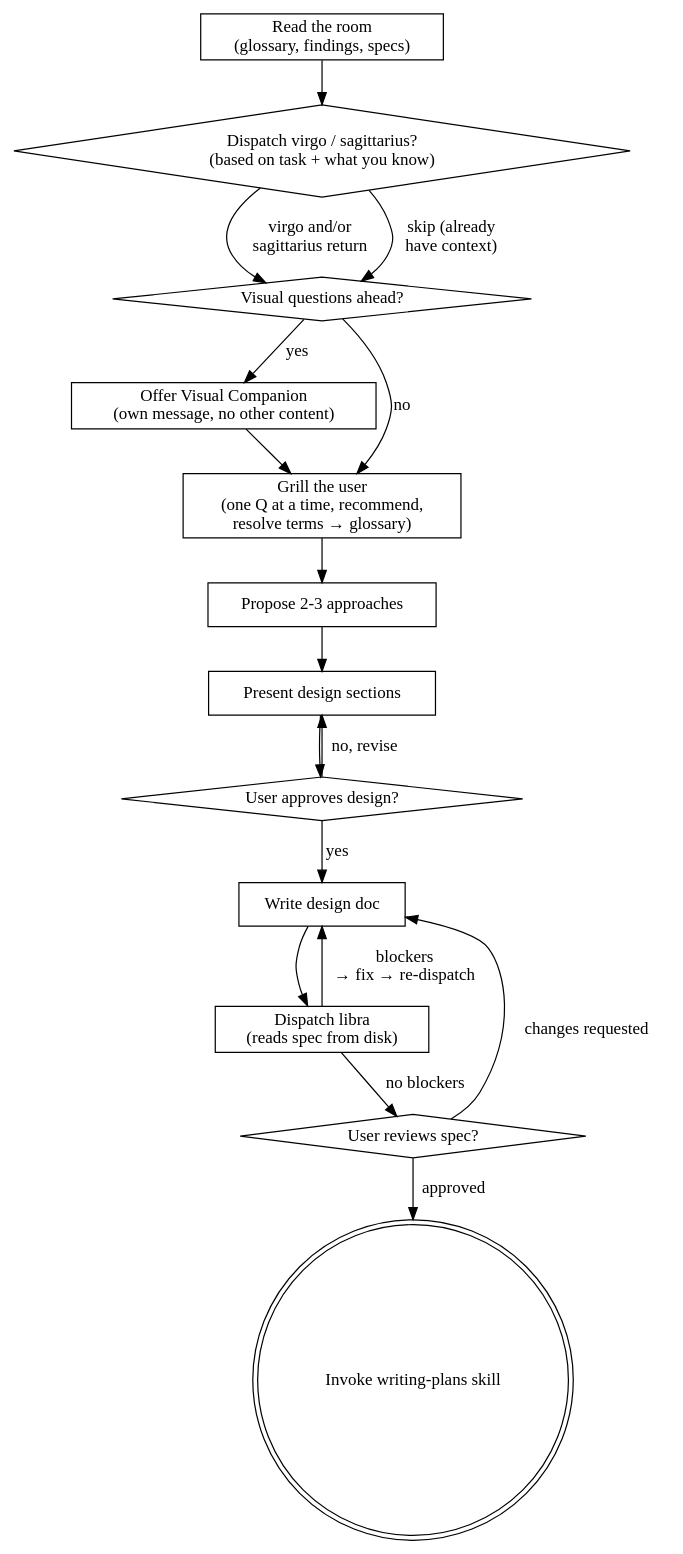
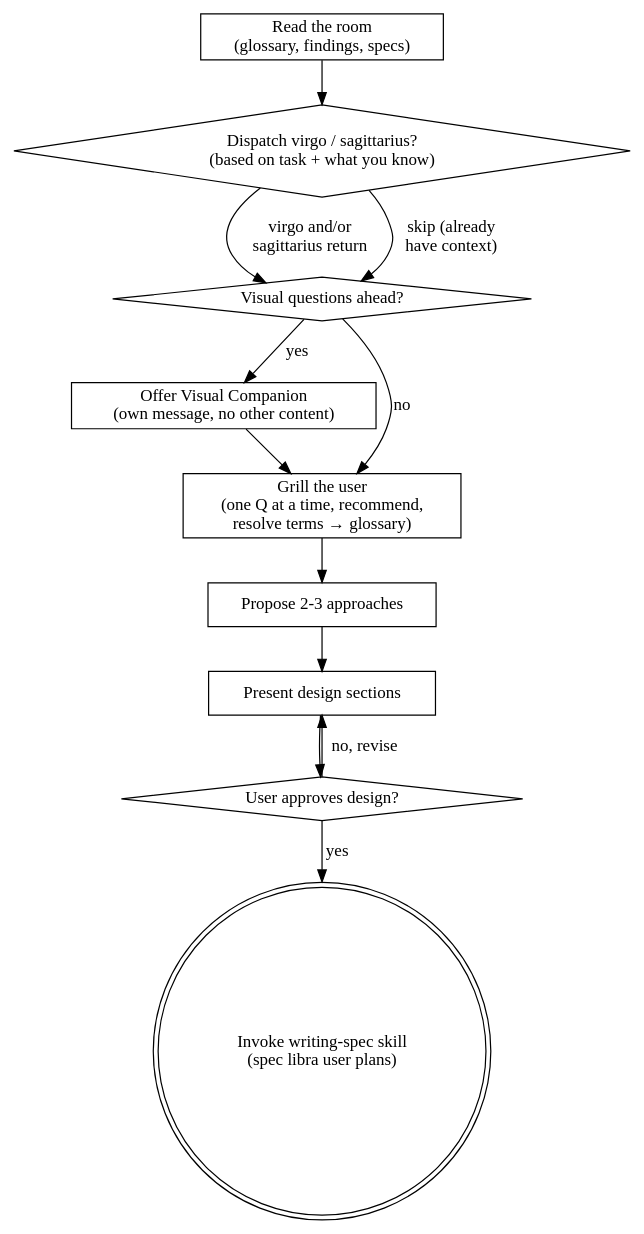
Before and after one commit to Joe-zhouman/athena-guard-superpowers: the diagram in skills/brainstorming/SKILL.md, drawn with Graphviz. The commit also changed other lines of this file and 3 other files, not shown here.

First line of the commit message:
docs: rewrite README, add writing-spec skill, slim brainstorming

````diff
--- a/skills/brainstorming/SKILL.md
+++ b/skills/brainstorming/SKILL.md
@@ -39,33 +36,25 @@
 ```dot
 digraph brainstorming {
     "Read the room\n(glossary, findings, specs)" [shape=box];
     "Dispatch virgo / sagittarius?\n(based on task + what you know)" [shape=diamond];
     "Visual questions ahead?" [shape=diamond];
     "Offer Visual Companion\n(own message, no other content)" [shape=box];
     "Grill the user\n(one Q at a time, recommend,\nresolve terms → glossary)" [shape=box];
     "Propose 2-3 approaches" [shape=box];
     "Present design sections" [shape=box];
     "User approves design?" [shape=diamond];
-    "Write design doc" [shape=box];
-    "Dispatch libra\n(reads spec from disk)" [shape=box];
-    "User reviews spec?" [shape=diamond];
-    "Invoke writing-plans skill" [shape=doublecircle];
+    "Invoke writing-spec skill\n(spec libra user plans)" [shape=doublecircle];
 
     "Read the room\n(glossary, findings, specs)" -> "Dispatch virgo / sagittarius?\n(based on task + what you know)";
     "Dispatch virgo / sagittarius?\n(based on task + what you know)" -> "Visual questions ahead?" [label="virgo and/or\nsagittarius return"];
     "Dispatch virgo / sagittarius?\n(based on task + what you know)" -> "Visual questions ahead?" [label="skip (already\nhave context)"];
     "Visual questions ahead?" -> "Offer Visual Companion\n(own message, no other content)" [label="yes"];
     "Visual questions ahead?" -> "Grill the user\n(one Q at a time, recommend,\nresolve terms → glossary)" [label="no"];
     "Offer Visual Companion\n(own message, no other content)" -> "Grill the user\n(one Q at a time, recommend,\nresolve terms → glossary)";
     "Grill the user\n(one Q at a time, recommend,\nresolve terms → glossary)" -> "Propose 2-3 approaches";
     "Propose 2-3 approaches" -> "Present design sections";
     "Present design sections" -> "User approves design?";
     "User approves design?" -> "Present design sections" [label="no, revise"];
-    "User approves design?" -> "Write design doc" [label="yes"];
-    "Write design doc" -> "Dispatch libra\n(reads spec from disk)";
-    "Dispatch libra\n(reads spec from disk)" -> "User reviews spec?" [label="no blockers"];
-    "Dispatch libra\n(reads spec from disk)" -> "Write design doc" [label="blockers\n→ fix → re-dispatch"];
-    "User reviews spec?" -> "Write design doc" [label="changes requested"];
-    "User reviews spec?" -> "Invoke writing-plans skill" [label="approved"];
+    "User approves design?" -> "Invoke writing-spec skill\n(spec libra user plans)" [label="yes"];
 }
 ```
````
